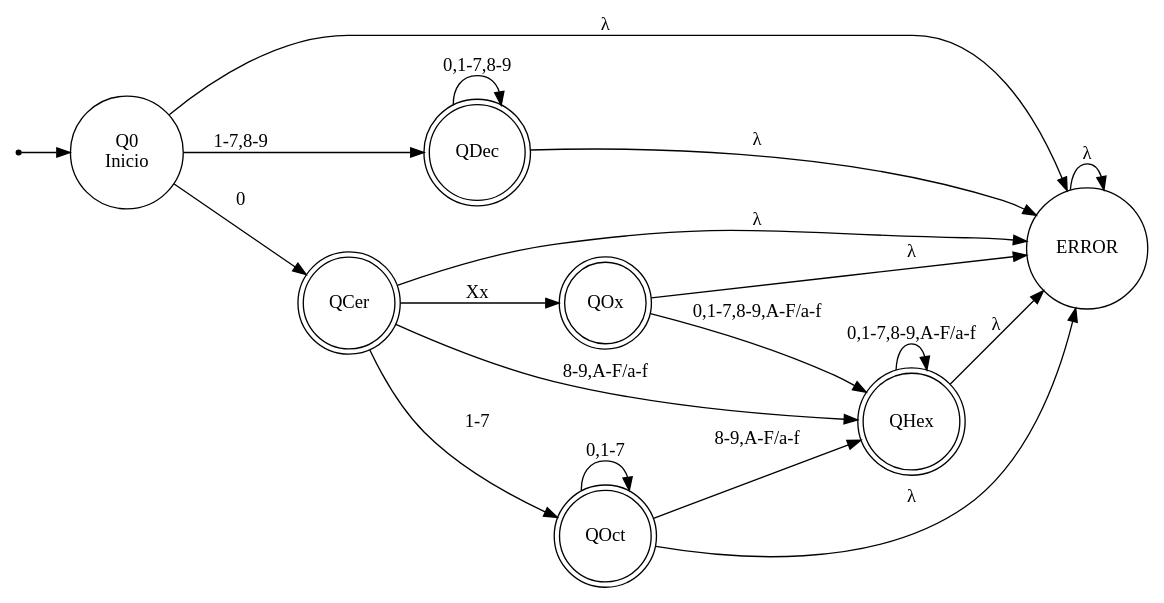
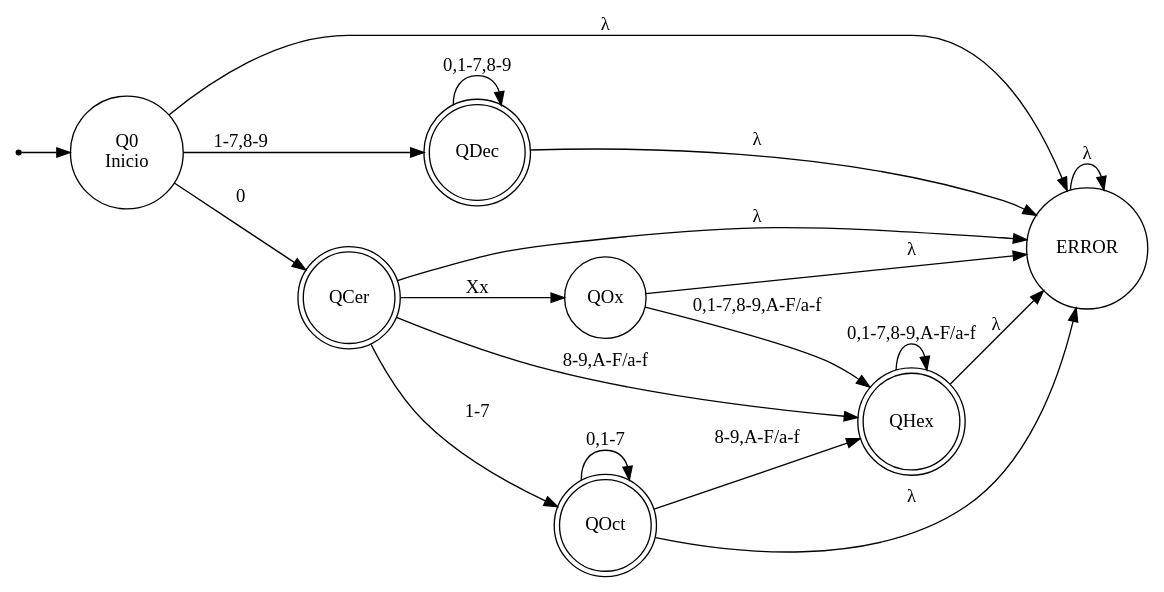
One commit to mmercedesotero/Analizador-Sint-ctico-L-xico-y-Sem-ntico changed the diagram in AFD/automataFinDet.dot. Above: the diagram before and after it, drawn with Graphviz. The commit also changed 1 other file, not shown here.

```diff
--- a/AFD/automataFinDet.dot
+++ b/AFD/automataFinDet.dot
@@ -1,49 +1,49 @@
 digraph AFD { 
   rankdir=LR; 
   size="13";
   node [shape=circle];
   
   Q0     [label="Q0\n Inicio"];
   QDec   [label="QDec", shape=doublecircle];
   QCer   [label="QCer", shape=doublecircle];
-  QOx    [label="QOx", shape=doublecircle];
+  QOx    [label="QOx", ];
   QOct   [label="QOct", shape=doublecircle];
   QHex   [label="QHex", shape=doublecircle];
   QERROR  [label="ERROR"];
 
   //// ACLARACION TODO CAMBIO DE ESTADO QUE TIENE "," INDICA QUE n>1  DE CAMBIOS DE ESTADOS 
   inicio [shape=point];
   inicio -> Q0;
 
   // Q0
   Q0 -> QDec  [label="1-7,8-9"];
   Q0 -> QCer  [label="0"];
   Q0 -> QERROR [label="λ"];
 
   // QDec
   QDec -> QDec  [label="0,1-7,8-9"];
   QDec -> QERROR [label="λ"];
 
   // QCer
   QCer->QOct [label="1-7"];
   QCer->QOx  [label="Xx"];
   QCer->QHex [label="8-9,A-F/a-f"];
   QCer -> QERROR [label="λ"];
 
   // QOx
   QOx->QHex [label="0,1-7,8-9,A-F/a-f"];
   QOx -> QERROR [label="λ"];
 
   // QOct
   QOct-> QOct [label="0,1-7"];
   QOct-> QHex [label="8-9,A-F/a-f"]; 
   QOct -> QERROR [label="λ"];
 
   // QHex
   QHex-> QHex [label="0,1-7,8-9,A-F/a-f"];
   QHex -> QERROR [label="λ"];
 
   // QERROR
   QERROR -> QERROR [label="λ"];
 
 } 
```
